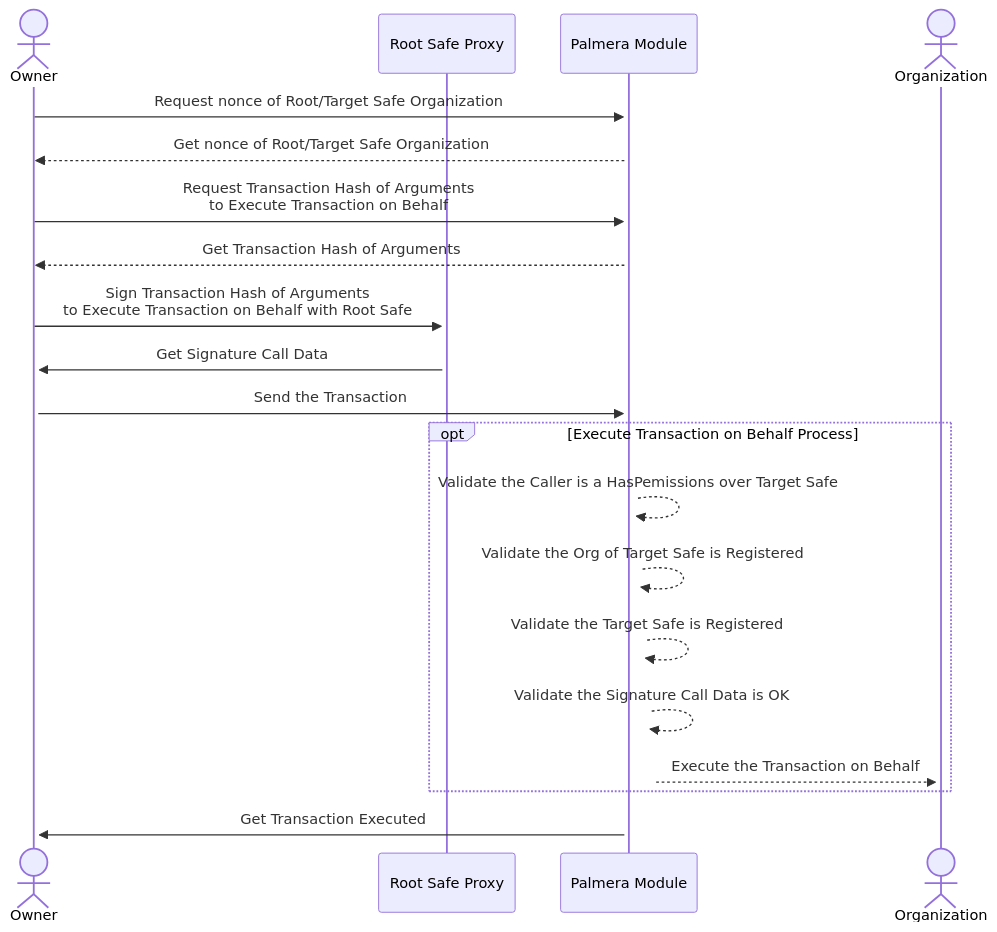
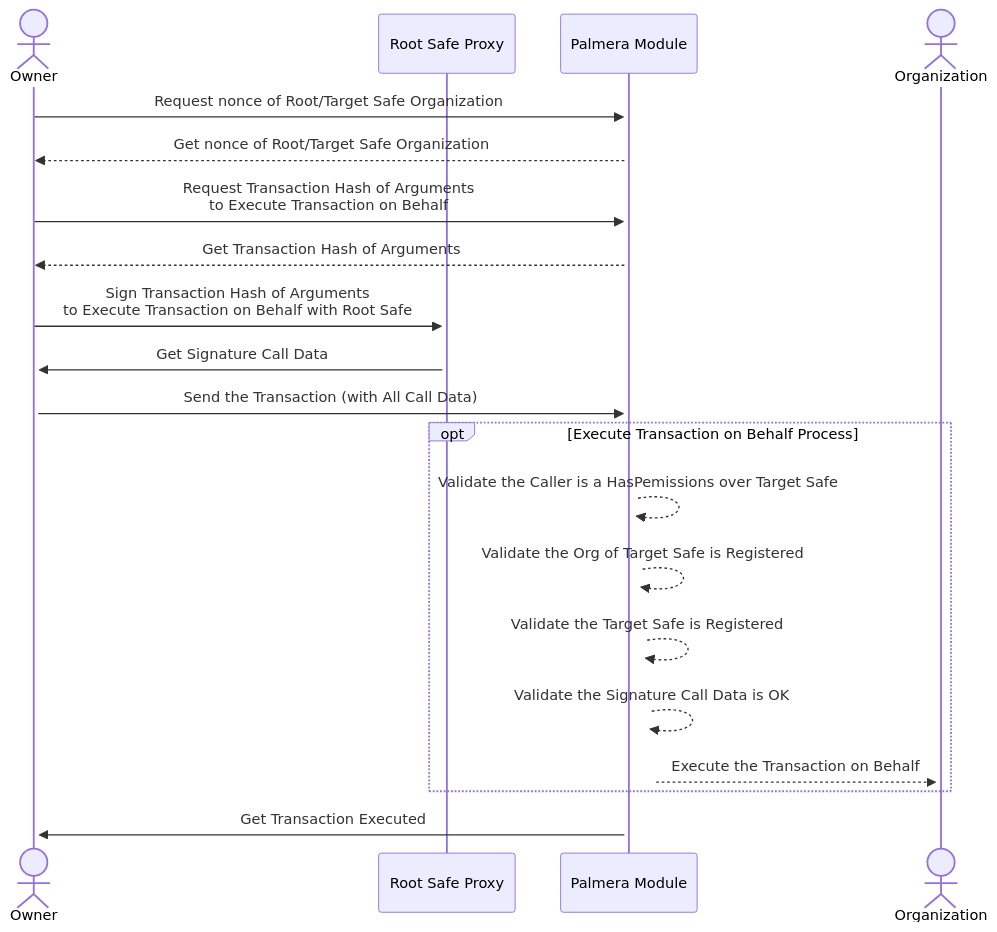
The eighth of 8 diagrams in doc/diagram/General Overview of Principal Work Flow Of Palmera Module.md (keyper-labs/PalmeraModule), drawn with Mermaid before and after one commit. The commit also changed other lines of this file and 1 other file, not shown here.

````diff
--- a/doc/diagram/General Overview of Principal Work Flow Of Palmera Module.md
+++ b/doc/diagram/General Overview of Principal Work Flow Of Palmera Module.md
@@ -241,23 +244,23 @@
 ```mermaid
 sequenceDiagram
     actor OW as Owner
     participant S as Root Safe Proxy
     participant PM as Palmera Module
     actor O as Organization
 
     OW->>+PM: Request nonce of Root/Target Safe Organization
     PM-->>OW: Get nonce of Root/Target Safe Organization
     OW->>+PM: Request Transaction Hash of Arguments <br> to Execute Transaction on Behalf
     PM-->>OW: Get Transaction Hash of Arguments
     OW->>+S: Sign Transaction Hash of Arguments <br> to Execute Transaction on Behalf with Root Safe
     S->>+OW: Get Signature Call Data
-    OW->>PM: Send the Transaction
+    OW->>PM: Send the Transaction (with All Call Data)
     opt Execute Transaction on Behalf Process
         PM-->>+PM: Validate the Caller is a HasPemissions over Target Safe
         PM-->>+PM: Validate the Org of Target Safe is Registered
         PM-->>+PM: Validate the Target Safe is Registered
         PM-->>+PM: Validate the Signature Call Data is OK
         PM-->>+O: Execute the Transaction on Behalf
     end
     PM->>OW: Get Transaction Executed
 ```
````
